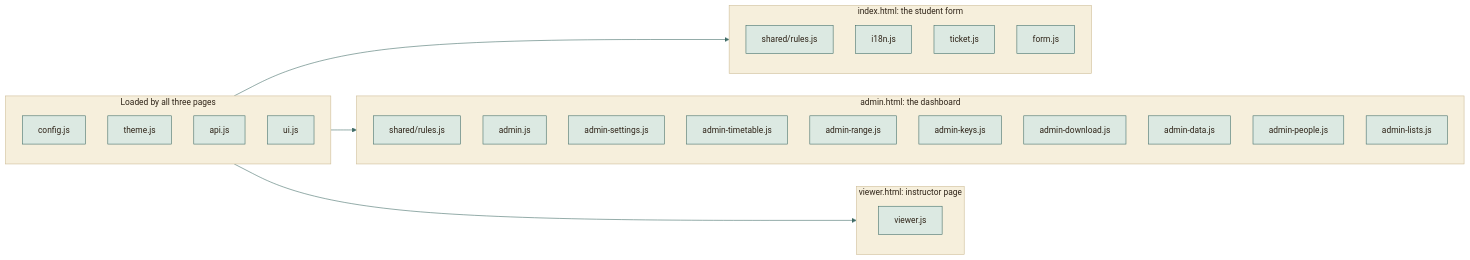
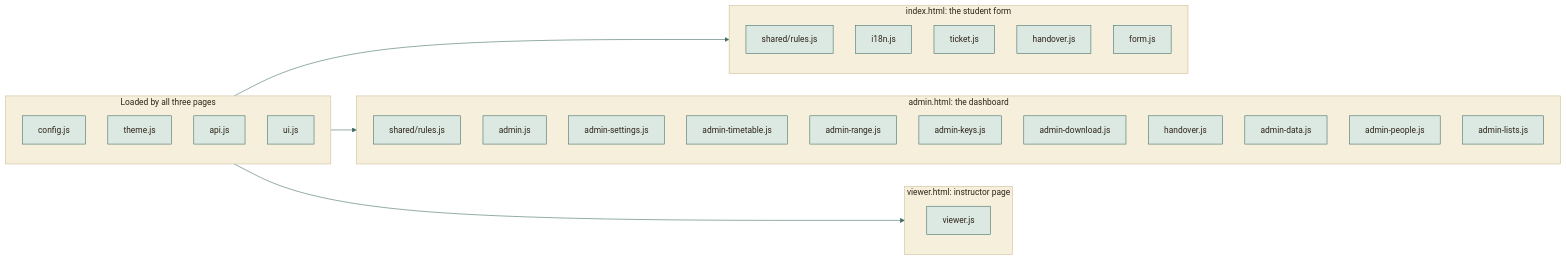
One commit to moyeh04/forms-platform changed the second of 3 diagrams in docs/MODULES.md. Above: the diagram before and after it, drawn with Mermaid. The commit also changed other lines of this file and 6 other files, not shown here.

````diff
--- a/docs/MODULES.md
+++ b/docs/MODULES.md
@@ -58,61 +58,63 @@
 ```mermaid
 %%{init: {
   'theme': 'base',
   'themeVariables': {
     'fontFamily': 'ui-sans-serif, system-ui, -apple-system, Segoe UI, Roboto, sans-serif',
     'fontSize': '15px',
     'primaryColor': '#DCE9E2', 'primaryBorderColor': '#3F6B66', 'primaryTextColor': '#2F2418',
     'secondaryColor': '#F0E4C8', 'secondaryBorderColor': '#C9A24A', 'secondaryTextColor': '#2F2418',
     'tertiaryColor': '#F6EFDC', 'tertiaryBorderColor': '#CDBB94', 'tertiaryTextColor': '#2F2418',
     'lineColor': '#3F6B66', 'textColor': '#2F2418', 'mainBkg': '#DCE9E2', 'nodeBorder': '#3F6B66',
     'clusterBkg': '#F6EFDC', 'clusterBorder': '#CDBB94', 'titleColor': '#2F2418',
     'edgeLabelBackground': '#F8F1DD',
     'actorBkg': '#DCE9E2', 'actorBorder': '#3F6B66', 'actorTextColor': '#2F2418', 'actorLineColor': '#8FB3AB',
     'signalColor': '#477A73', 'signalTextColor': '#477A73',
     'labelBoxBkgColor': '#F0E4C8', 'labelBoxBorderColor': '#C9A24A', 'labelTextColor': '#2F2418', 'loopTextColor': '#6A5A44',
     'noteBkgColor': '#FBEFC9', 'noteBorderColor': '#C9A24A', 'noteTextColor': '#2F2418',
     'activationBkgColor': '#DCE9E2', 'activationBorderColor': '#3F6B66', 'sequenceNumberColor': '#F8F1DD',
     'transitionColor': '#3F6B66', 'stateLabelColor': '#2F2418', 'stateBkg': '#DCE9E2', 'altBackground': '#F6EFDC',
     'attributeBackgroundColorOdd': '#F8F1DD', 'attributeBackgroundColorEven': '#F0E4C8'
   },
   'flowchart': {'curve': 'basis', 'padding': 14, 'nodeSpacing': 40, 'rankSpacing': 46},
   'sequence': {'mirrorActors': false, 'messageMargin': 34, 'boxMargin': 8}
 }}%%
 flowchart LR
     subgraph common["Loaded by all three pages"]
         cfg["config.js"]
         th["theme.js"]
         api["api.js"]
         ui["ui.js"]
     end
     subgraph index["index.html: the student form"]
         r1["shared/rules.js"]
         i18n["i18n.js"]
         tk["ticket.js"]
+        h1["handover.js"]
         fm["form.js"]
     end
     subgraph admin["admin.html: the dashboard"]
         r2["shared/rules.js"]
         a1["admin.js"]
         a2["admin-settings.js"]
         a5["admin-timetable.js"]
         a9["admin-range.js"]
         a7["admin-keys.js"]
         a8["admin-download.js"]
+        h2["handover.js"]
         a3["admin-data.js"]
         a4["admin-people.js"]
         a6["admin-lists.js"]
     end
     subgraph viewer["viewer.html: instructor page"]
         v1["viewer.js"]
     end
     common --> index
     common --> admin
     common --> viewer
     classDef cDb fill:#F3E2B3,stroke:#B8892D,stroke-width:1.5px,color:#2F2418
     classDef cActor fill:#F4D9D3,stroke:#9A3328,stroke-width:1.5px,color:#2F2418
     classDef cDec fill:#FBEFC9,stroke:#C9A24A,stroke-width:1.5px,color:#2F2418
     classDef cEnd fill:#2F2418,stroke:#2F2418,color:#F8F1DD
     classDef cErr fill:#F6D5CF,stroke:#A12B1F,stroke-width:1.5px,color:#5A140C
     classDef cOk fill:#BFD9CF,stroke:#2E5A55,stroke-width:1.5px,color:#17302D
 ```
````
